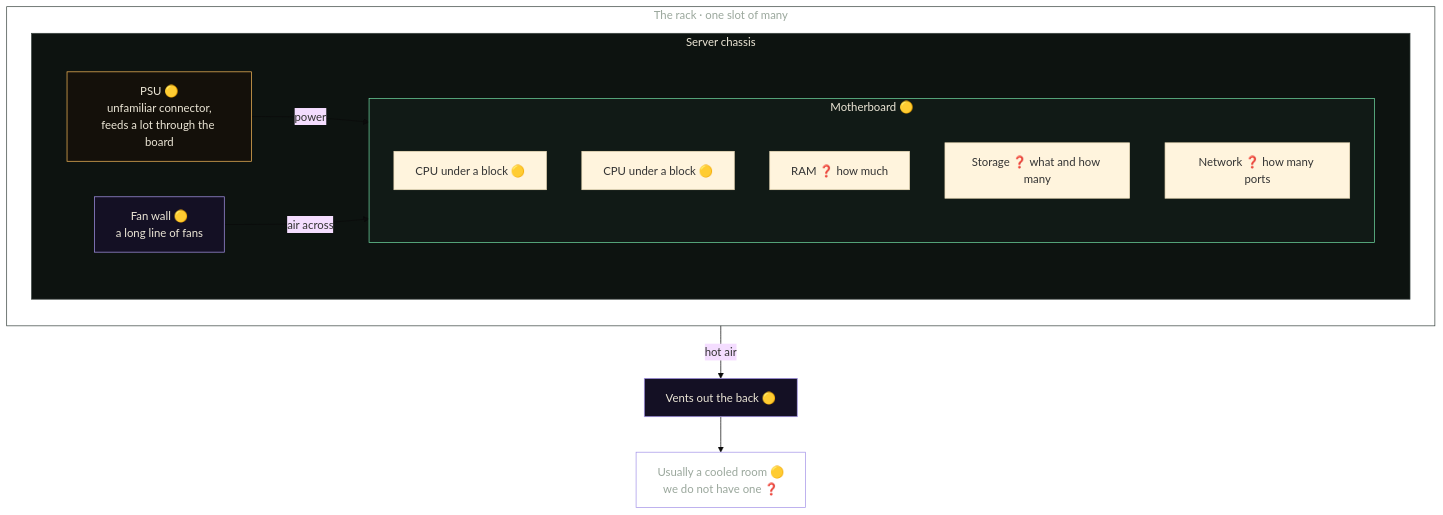
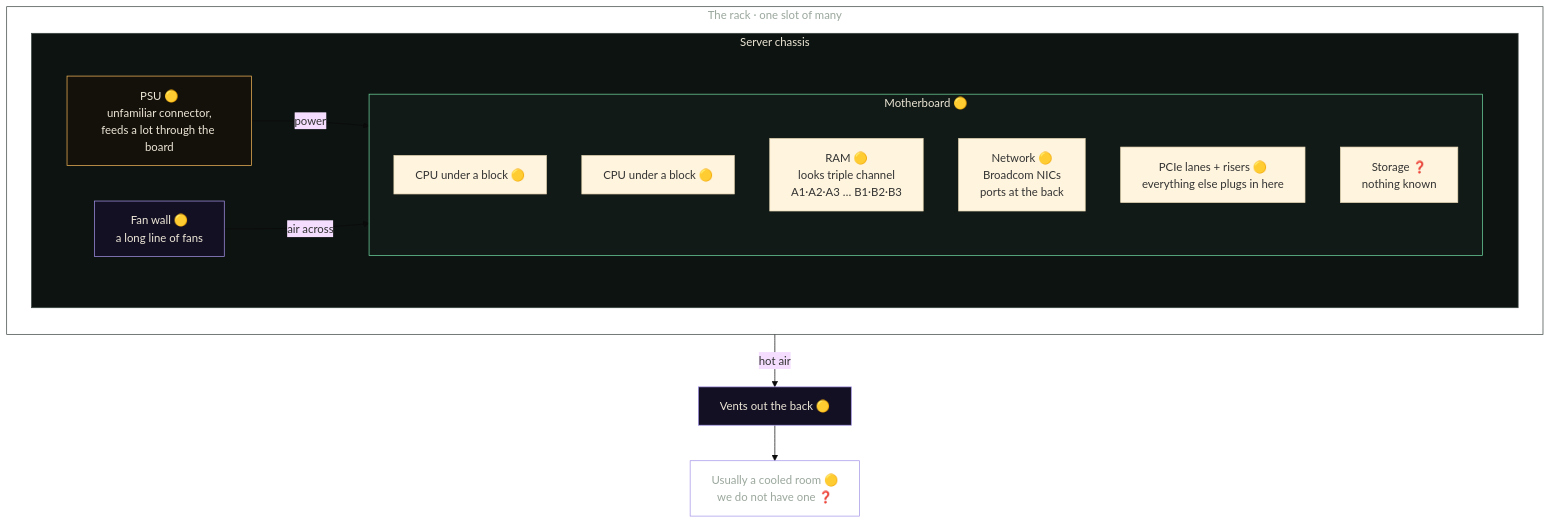
The second of 2 diagrams in tech-track/server.md (Valley-of-the-Commons/commons-spatial), drawn with Mermaid (base theme) before and after one commit. The commit also changed other lines of this file, not shown here.

````diff
--- a/tech-track/server.md
+++ b/tech-track/server.md
@@ -47,31 +68,32 @@
 ```mermaid
 flowchart TB
     subgraph RACK["The rack · one slot of many"]
       direction TB
       subgraph BOX["Server chassis"]
         direction LR
         FANS["Fan wall 🟡<br/>a long line of fans"]
         subgraph BOARD["Motherboard 🟡"]
           direction TB
           CPU1["CPU under a block 🟡"]
           CPU2["CPU under a block 🟡"]
-          RAM["RAM ❓ how much"]
-          STOR["Storage ❓ what and how many"]
-          NET["Network ❓ how many ports"]
+          RAM["RAM 🟡<br/>looks triple channel<br/>A1·A2·A3 … B1·B2·B3"]
+          NET["Network 🟡<br/>Broadcom NICs<br/>ports at the back"]
+          PCIE["PCIe lanes + risers 🟡<br/>everything else plugs in here"]
+          STOR["Storage ❓<br/>nothing known"]
         end
         PSU["PSU 🟡<br/>unfamiliar connector,<br/>feeds a lot through the board"]
       end
     end
     PSU -->|power| BOARD
     FANS -->|air across| BOARD
     BOARD -->|hot air| VENT["Vents out the back 🟡"]
     VENT --> ROOM["Usually a cooled room 🟡<br/>we do not have one ❓"]
 
     style RACK fill:none,stroke:#3a4440,color:#9AA79C
     style BOX fill:#0d1310,stroke:#3a4440,color:#EDE7D7
     style BOARD fill:#111a16,stroke:#6FD9A2,color:#EDE7D7
     style PSU fill:#14100a,stroke:#F5B95A,color:#EDE7D7
     style FANS fill:#141024,stroke:#A594E8,color:#EDE7D7
     style VENT fill:#141024,stroke:#A594E8,color:#EDE7D7
     style ROOM fill:none,stroke:#A594E8,color:#9AA79C
 ```
````
